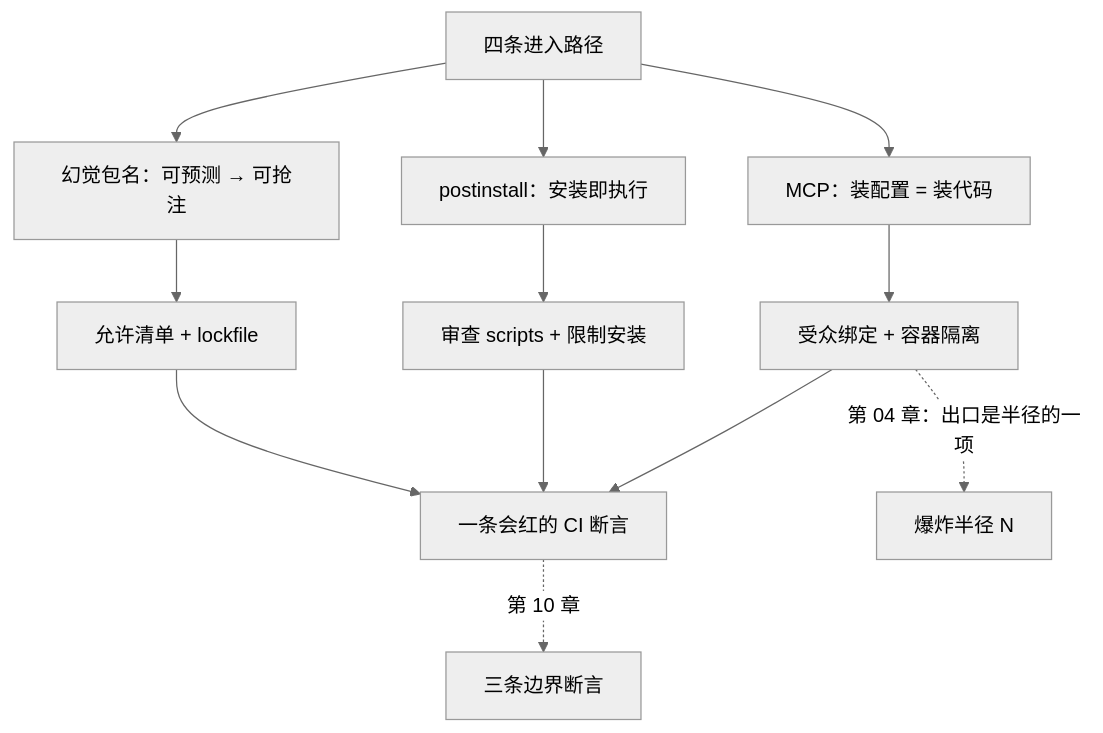
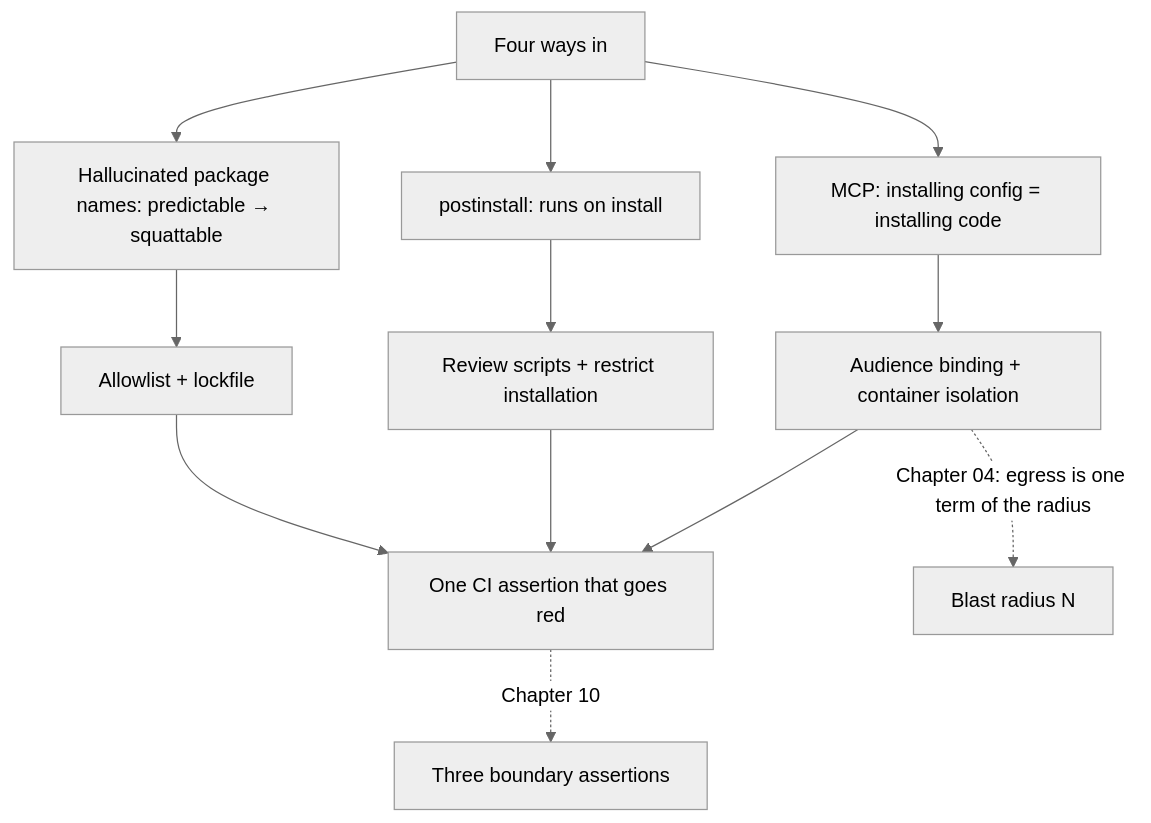
The diagram in phase4/chapters/ch07-supply-chain.md (xzlxiao/vibe-coding-textbook), drawn with Mermaid (neutral theme) before and after one commit. The commit also changed 10 other files, not shown here.

````diff
--- a/phase4/chapters/ch07-supply-chain.md
+++ b/phase4/chapters/ch07-supply-chain.md
@@ -191,14 +191,14 @@
 ```mermaid
 flowchart TD
-    A["四条进入路径"] --> B["幻觉包名：可预测 → 可抢注"]
-    A --> C["postinstall：安装即执行"]
-    A --> D["MCP：装配置 = 装代码"]
-    B --> E["允许清单 + lockfile"]
-    C --> F["审查 scripts + 限制安装"]
-    D --> G["受众绑定 + 容器隔离"]
-    E --> H["一条会红的 CI 断言"]
+    A["Four ways in"] --> B["Hallucinated package names: predictable → squattable"]
+    A --> C["postinstall: runs on install"]
+    A --> D["MCP: installing config = installing code"]
+    B --> E["Allowlist + lockfile"]
+    C --> F["Review scripts + restrict installation"]
+    D --> G["Audience binding + container isolation"]
+    E --> H["One CI assertion that goes red"]
     F --> H
     G --> H
-    H -.->|"第 10 章"| N["三条边界断言"]
-    G -.->|"第 04 章：出口是半径的一项"| M["爆炸半径 N"]
+    H -.->|"Chapter 10"| N["Three boundary assertions"]
+    G -.->|"Chapter 04: egress is one term of the radius"| M["Blast radius N"]
 ```
````
